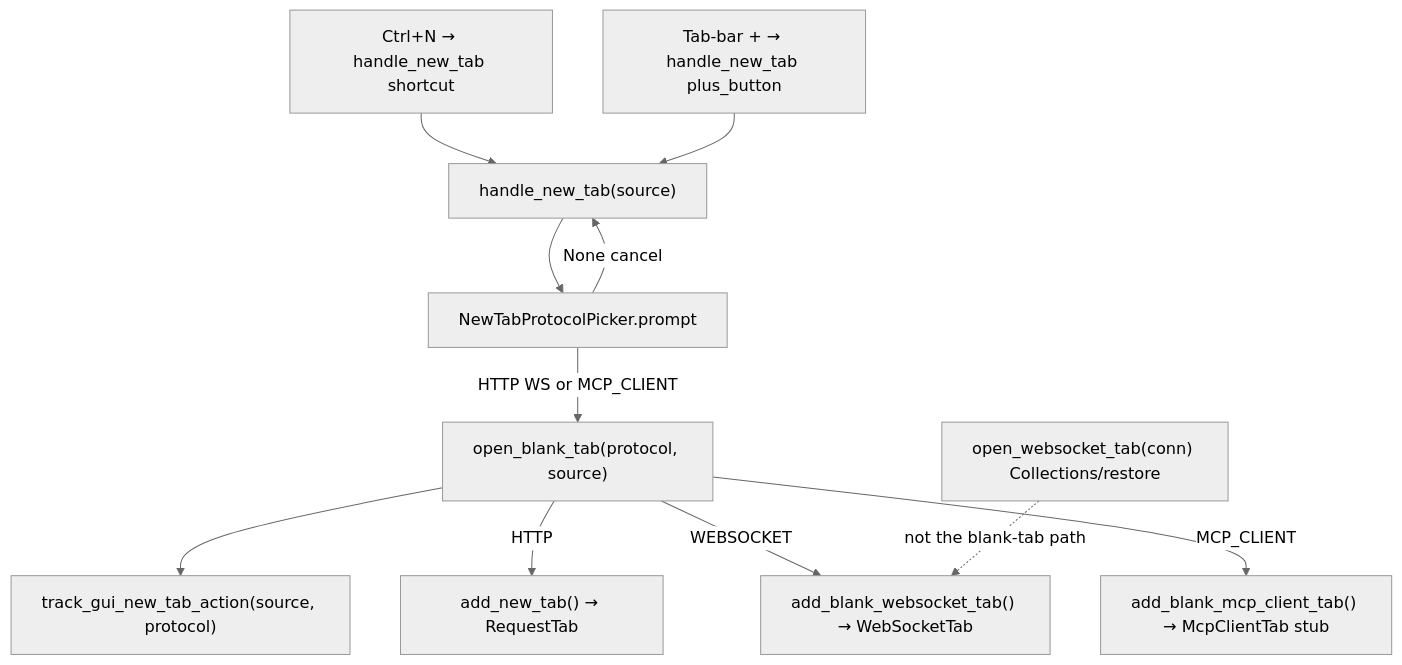
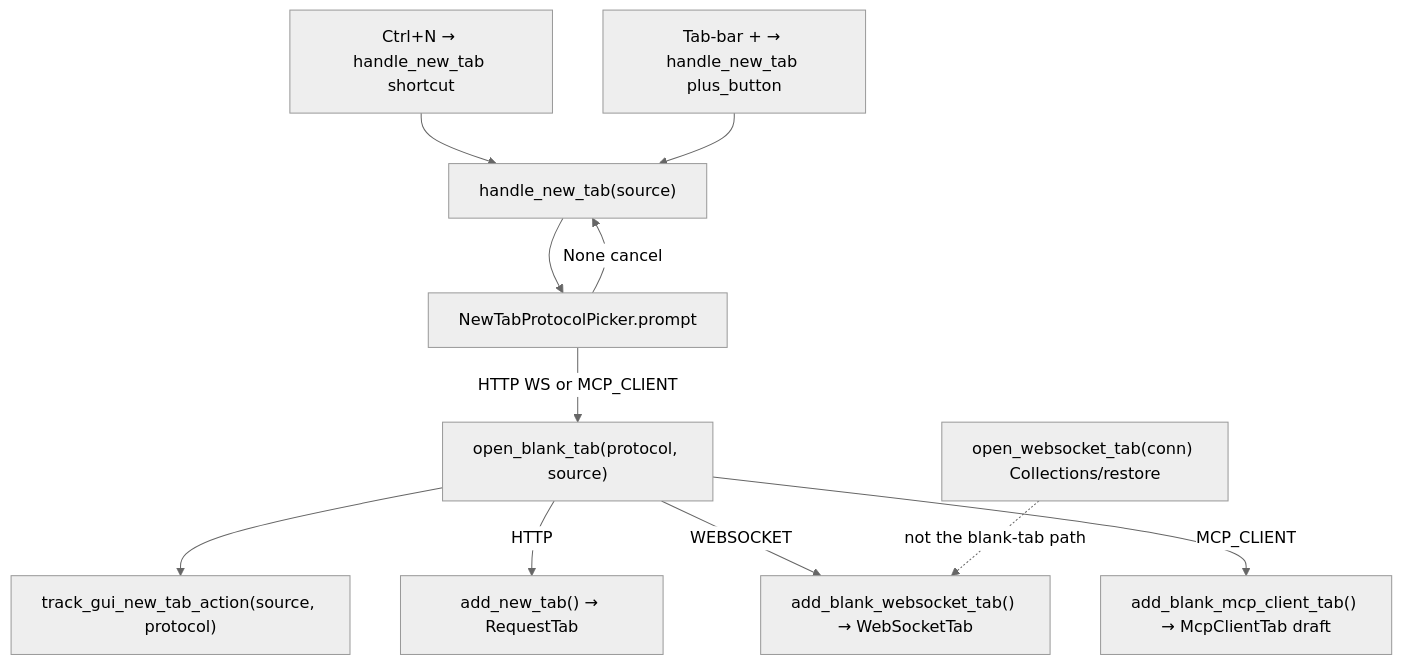
Before and after one commit to koctep/pypost: the diagram in doc/dev/new_tab_protocol_picker.md, drawn with Mermaid (neutral theme). The commit also changed other lines of this file and 26 other files, not shown here.

First line of the commit message:
feature(tabs): PYPOST-1166 add MCP Client draft tab shell

````diff
--- a/doc/dev/new_tab_protocol_picker.md
+++ b/doc/dev/new_tab_protocol_picker.md
@@ -49,24 +52,24 @@
 ```mermaid
 flowchart TB
     CtrlN["Ctrl+N → handle_new_tab shortcut"]
     PlusBtn["Tab-bar + → handle_new_tab plus_button"]
     HandleNew["handle_new_tab(source)"]
     Picker["NewTabProtocolPicker.prompt"]
     OpenBlank["open_blank_tab(protocol, source)"]
     Metrics["track_gui_new_tab_action(source, protocol)"]
     AddHTTP["add_new_tab() → RequestTab"]
     AddWS["add_blank_websocket_tab() → WebSocketTab"]
-    AddMCP["add_blank_mcp_client_tab() → McpClientTab stub"]
+    AddMCP["add_blank_mcp_client_tab() → McpClientTab draft"]
     SavedWS["open_websocket_tab(conn) Collections/restore"]
 
     CtrlN --> HandleNew
     PlusBtn --> HandleNew
     HandleNew --> Picker
     Picker -->|None cancel| HandleNew
     Picker -->|HTTP WS or MCP_CLIENT| OpenBlank
     OpenBlank --> Metrics
     OpenBlank -->|HTTP| AddHTTP
     OpenBlank -->|WEBSOCKET| AddWS
     OpenBlank -->|MCP_CLIENT| AddMCP
     SavedWS -.->|not the blank-tab path| AddWS
 ```
````
